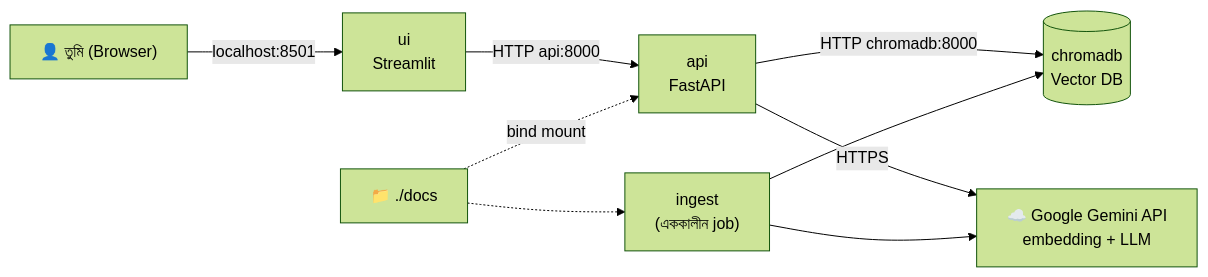
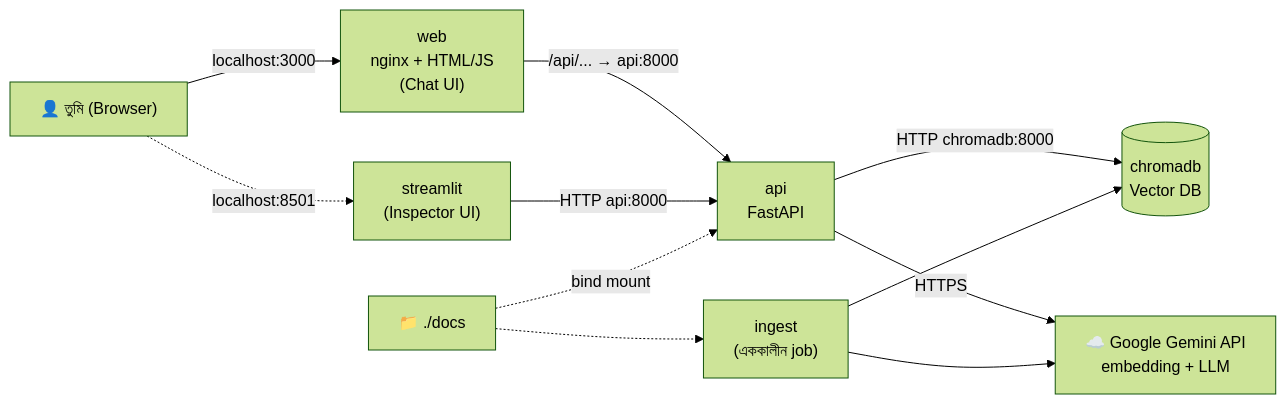
The diagram in README.md (shishirRsiam/RAG-Learning), drawn with Mermaid (forest theme) before and after one commit. The commit also changed other lines of this file and 16 other files, not shown here.

First line of the commit message:
Add streaming web chat UI and keep Streamlit as inspector

````diff
--- a/README.md
+++ b/README.md
@@ -65,11 +75,13 @@
 ```mermaid
 flowchart LR
-    User["👤 তুমি (Browser)"] -->|"localhost:8501"| UI["ui<br/>Streamlit"]
-    UI -->|"HTTP api:8000"| API["api<br/>FastAPI"]
+    User["👤 তুমি (Browser)"] -->|"localhost:3000"| Web["web<br/>nginx + HTML/JS<br/>(Chat UI)"]
+    User -.->|"localhost:8501"| ST["streamlit<br/>(Inspector UI)"]
+    Web -->|"/api/... → api:8000"| API["api<br/>FastAPI"]
+    ST -->|"HTTP api:8000"| API
     API -->|"HTTP chromadb:8000"| DB[("chromadb<br/>Vector DB")]
     API -->|"HTTPS"| Gemini["☁️ Google Gemini API<br/>embedding + LLM"]
     Docs["📁 ./docs"] -.->|"bind mount"| API
     Ingest["ingest<br/>(এককালীন job)"] --> DB
     Ingest --> Gemini
     Docs -.-> Ingest
 ```
````
